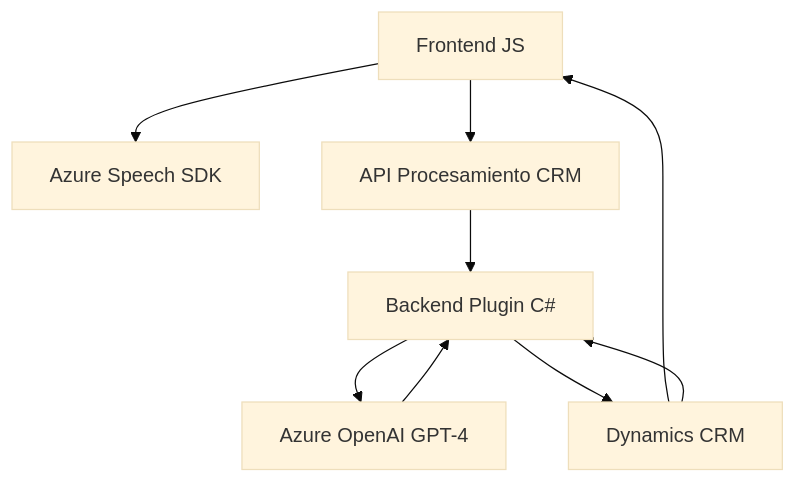
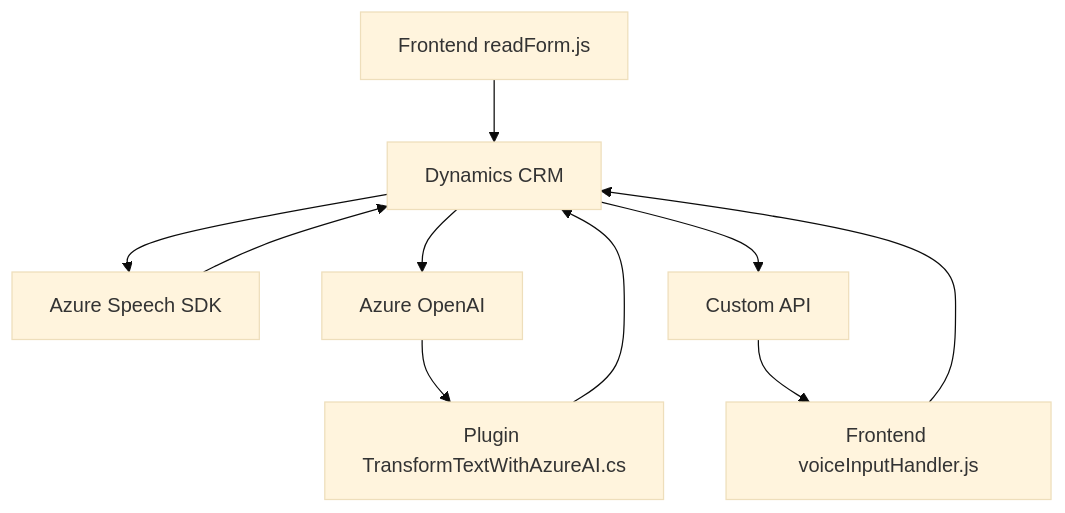
Before and after one commit to blopezdm/NETCORE_BILBAO2025: the diagram in README.md, drawn with Mermaid (base theme). The commit also changed other lines of this file, not shown here.

````diff
--- a/README.md
+++ b/README.md
@@ -62,18 +34,20 @@
 ```mermaid
 graph TD
-    A["Frontend JS"]
-    B["Azure Speech SDK"]
-    C["API Procesamiento CRM"]
-    D["Backend Plugin C#"]
-    E["Azure OpenAI GPT-4"]
-    F["Dynamics CRM"]
+    A["Frontend readForm.js"]
+    B["Frontend voiceInputHandler.js"]
+    C["Plugin TransformTextWithAzureAI.cs"]
+    D["Dynamics CRM"]
+    E["Azure Speech SDK"]
+    F["Azure OpenAI"]
+    G["Custom API"]
 
-    A --> B
-    A --> C
+    A --> D
+    B --> D
     C --> D
     D --> E
     D --> F
+    D --> G
     E --> D
-    F --> A
-    F --> D
+    F --> C
+    G --> B
 ```
````
